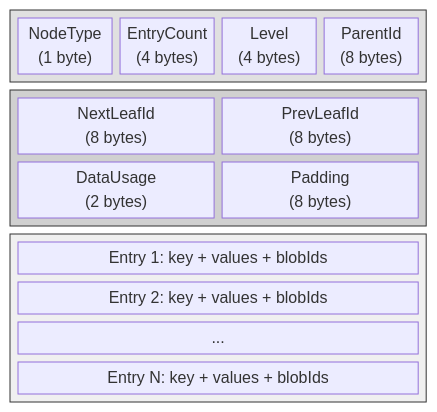
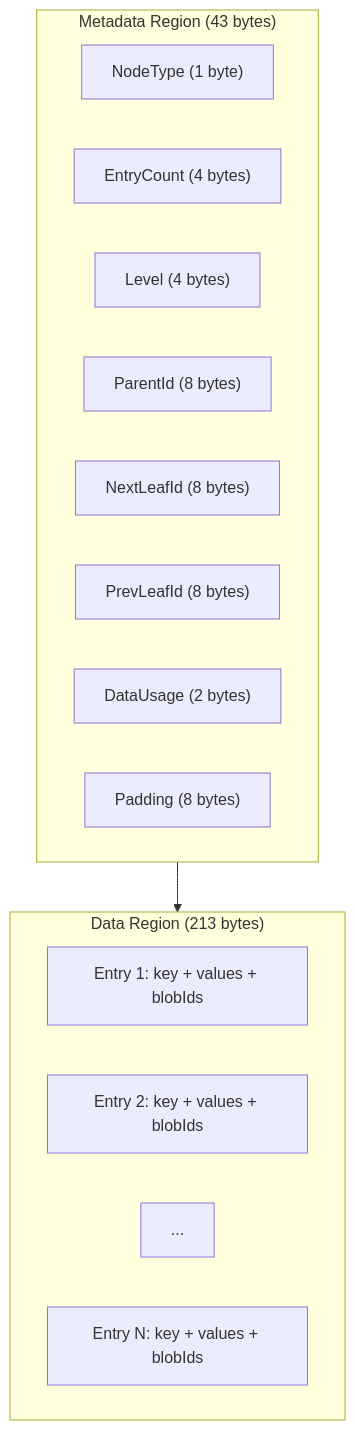
Before and after one commit to nexepic/zyx: the fifth of 8 diagrams in docs/apps/docs/content/docs/zh/zyx/algorithms/btree-indexing.mdx, drawn with Mermaid. The commit also changed other lines of this file and 8 other files, not shown here.

````diff
--- a/docs/apps/docs/content/docs/zh/zyx/algorithms/btree-indexing.mdx
+++ b/docs/apps/docs/content/docs/zh/zyx/algorithms/btree-indexing.mdx
@@ -148,29 +148,20 @@
 ```mermaid
-block-beta
-    columns 4
-    block:metadata:4
-        columns 4
-        M1["NodeType<br/>(1 byte)"]
-        M2["EntryCount<br/>(4 bytes)"]
-        M3["Level<br/>(4 bytes)"]
-        M4["ParentId<br/>(8 bytes)"]
+graph TD
+    subgraph Metadata["Metadata Region (43 bytes)"]
+        M1["NodeType (1 byte)"]
+        M2["EntryCount (4 bytes)"]
+        M3["Level (4 bytes)"]
+        M4["ParentId (8 bytes)"]
+        M5["NextLeafId (8 bytes)"]
+        M6["PrevLeafId (8 bytes)"]
+        M7["DataUsage (2 bytes)"]
+        M8["Padding (8 bytes)"]
     end
-    block:leafmeta:4
-        columns 2
-        M5["NextLeafId<br/>(8 bytes)"]
-        M6["PrevLeafId<br/>(8 bytes)"]
-        M7["DataUsage<br/>(2 bytes)"]
-        M8["Padding<br/>(8 bytes)"]
-    end
-    block:entries:4
-        columns 1
+    subgraph Data["Data Region (213 bytes)"]
         E1["Entry 1: key + values + blobIds"]
         E2["Entry 2: key + values + blobIds"]
         E3["..."]
         E4["Entry N: key + values + blobIds"]
     end
-
-    style metadata fill:#e0e0e0,stroke:#333
-    style leafmeta fill:#d0d0d0,stroke:#333
-    style entries fill:#f0f0f0,stroke:#333
+    Metadata --> Data
 ```
````
